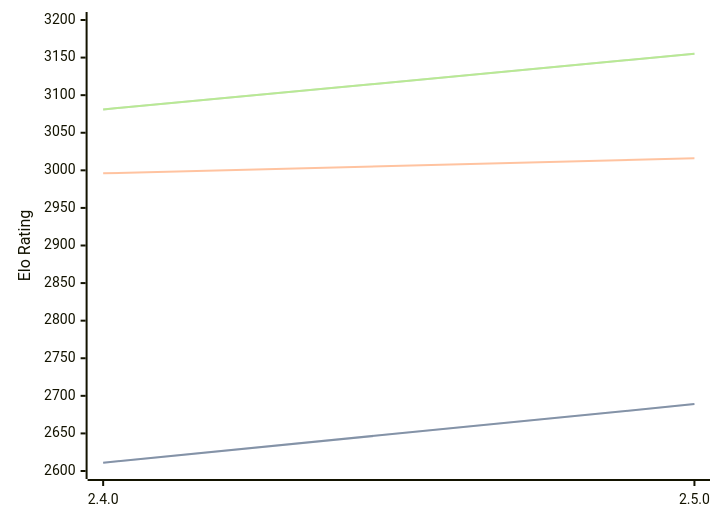
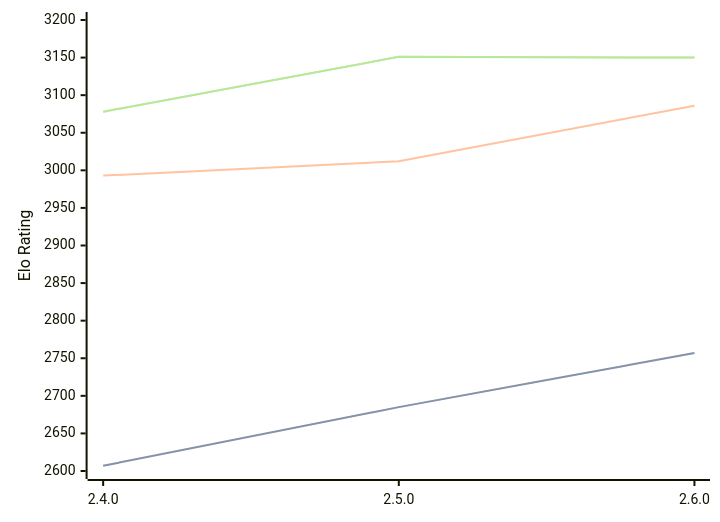
The diagram in engines/Sturddle2.md (computer-chess-index/cci), drawn with Mermaid before and after one commit. The commit also changed other lines of this file, not shown here.

Commit message:
Update CCI Ratings (ELO VLTC) - 2026-08-12

````diff
--- a/engines/Sturddle2.md
+++ b/engines/Sturddle2.md
@@ -33,11 +33,11 @@
 ```mermaid
 %%{init: {"theme":"base","themeVariables":{"seriesColors:['#a3a3a3','#222221','#faa371']}}}%%
 xychart-beta
-  x-axis ["2.4.0", "2.5.0"]
+  x-axis ["2.4.0", "2.5.0", "2.6.0"]
   y-axis "Elo Rating" 2600 --> 3200
-  line "STC (8.0+0.08s)" [2611, 2689]
-  line "STC (8.0+0.08s)" [2611, 2689]
-  line "LTC (60.0+0.60s)" [2996, 3016]
-  line "VLTC (2m24s+1.12s)" [3081, 3155]
-  line "VLTC (2m24s+1.12s)" [3081, 3155]
+  line "STC (8.0+0.08s)" [2607, 2685, 2757]
+  line "STC (8.0+0.08s)" [2607, 2685, 2757]
+  line "LTC (60.0+0.60s)" [2993, 3012, 3086]
+  line "VLTC (2m24s+1.12s)" [3078, 3151, 3150]
+  line "VLTC (2m24s+1.12s)" [3078, 3151, 3150]
 ```
````
